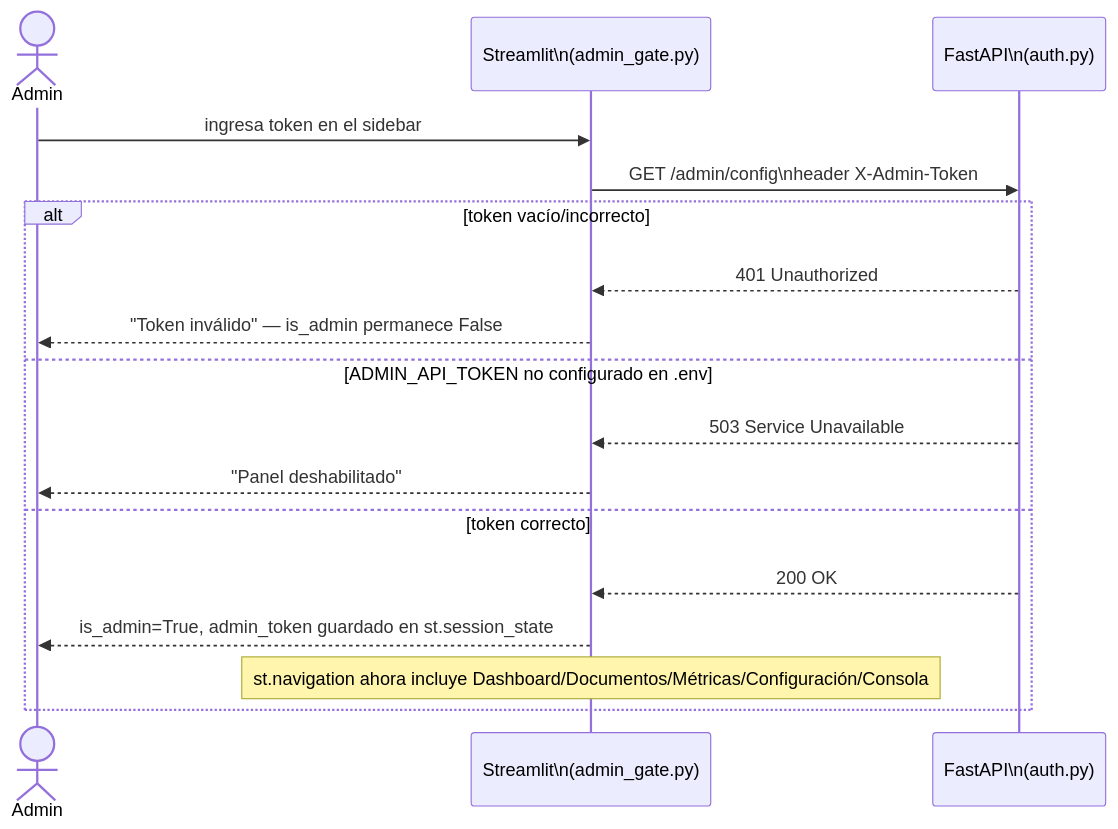
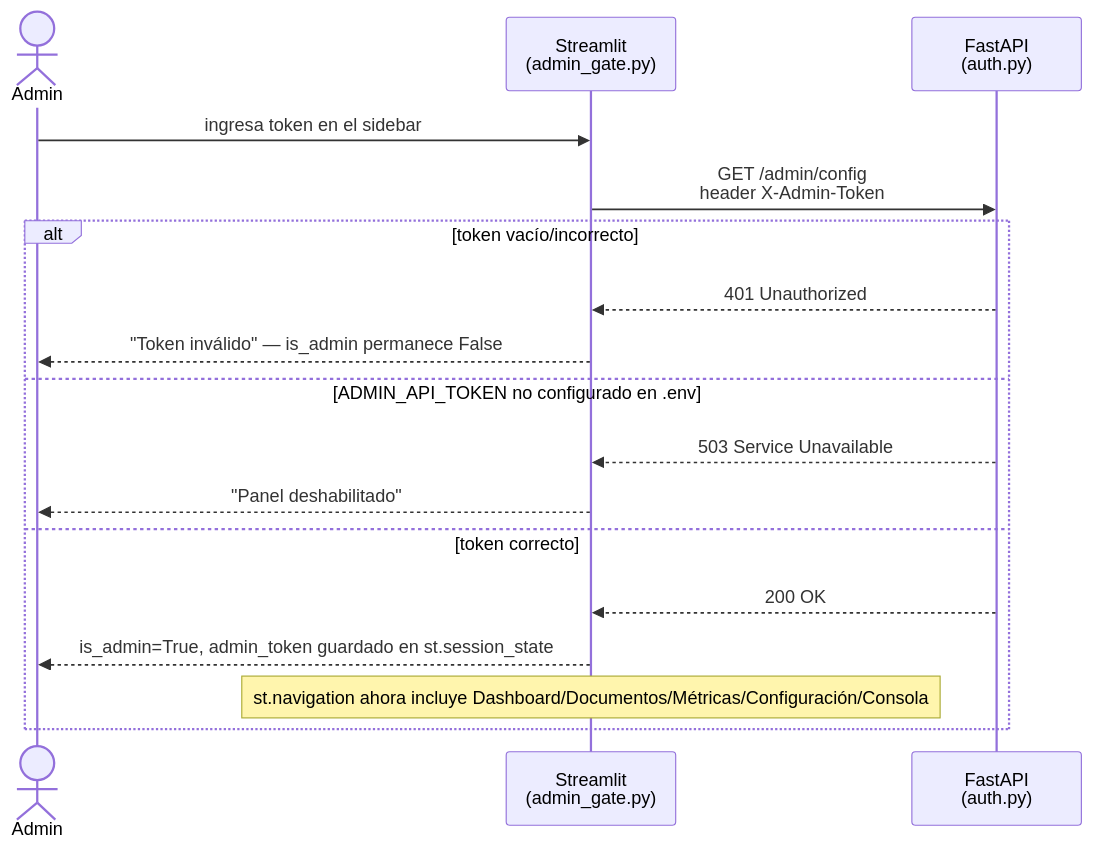
One commit to elrios893/maternas-rag changed the third of 9 diagrams in docs/DOCUMENTACION.md. Above: the diagram before and after it, drawn with Mermaid. The commit also changed other lines of this file and 1 other file, not shown here.

First line of the commit message:
fix(docs): saltos de linea en los diagramas de secuencia mermaid

````diff
--- a/docs/DOCUMENTACION.md
+++ b/docs/DOCUMENTACION.md
@@ -353,20 +353,20 @@
 ```mermaid
 sequenceDiagram
     actor A as Admin
-    participant UI as Streamlit\n(admin_gate.py)
-    participant API as FastAPI\n(auth.py)
+    participant UI as Streamlit<br/>(admin_gate.py)
+    participant API as FastAPI<br/>(auth.py)
 
     A->>UI: ingresa token en el sidebar
-    UI->>API: GET /admin/config\nheader X-Admin-Token
+    UI->>API: GET /admin/config<br/>header X-Admin-Token
     alt token vacío/incorrecto
         API-->>UI: 401 Unauthorized
         UI-->>A: "Token inválido" — is_admin permanece False
     else ADMIN_API_TOKEN no configurado en .env
         API-->>UI: 503 Service Unavailable
         UI-->>A: "Panel deshabilitado"
     else token correcto
         API-->>UI: 200 OK
         UI-->>A: is_admin=True, admin_token guardado en st.session_state
         Note over UI: st.navigation ahora incluye Dashboard/Documentos/Métricas/Configuración/Consola
     end
 ```
````
